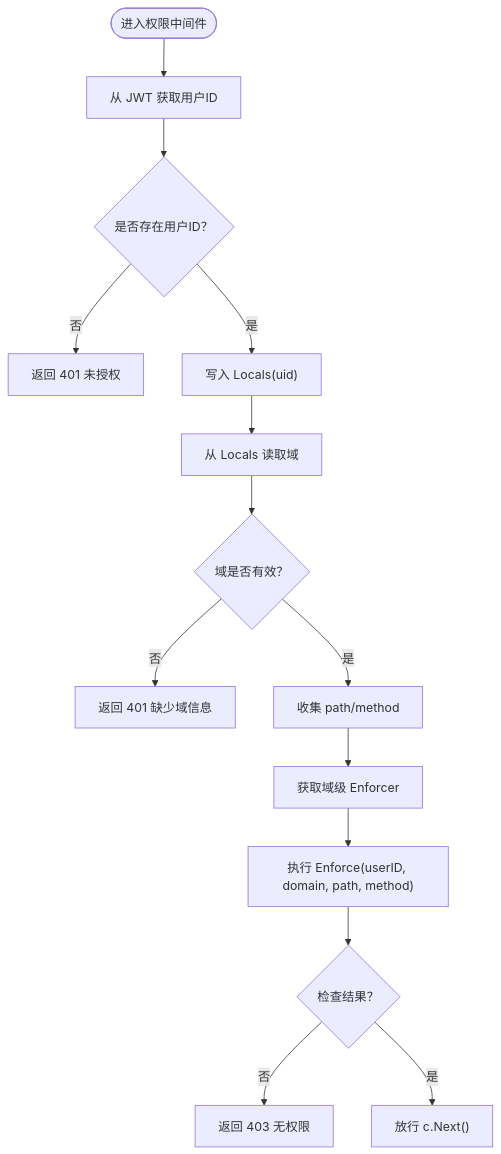
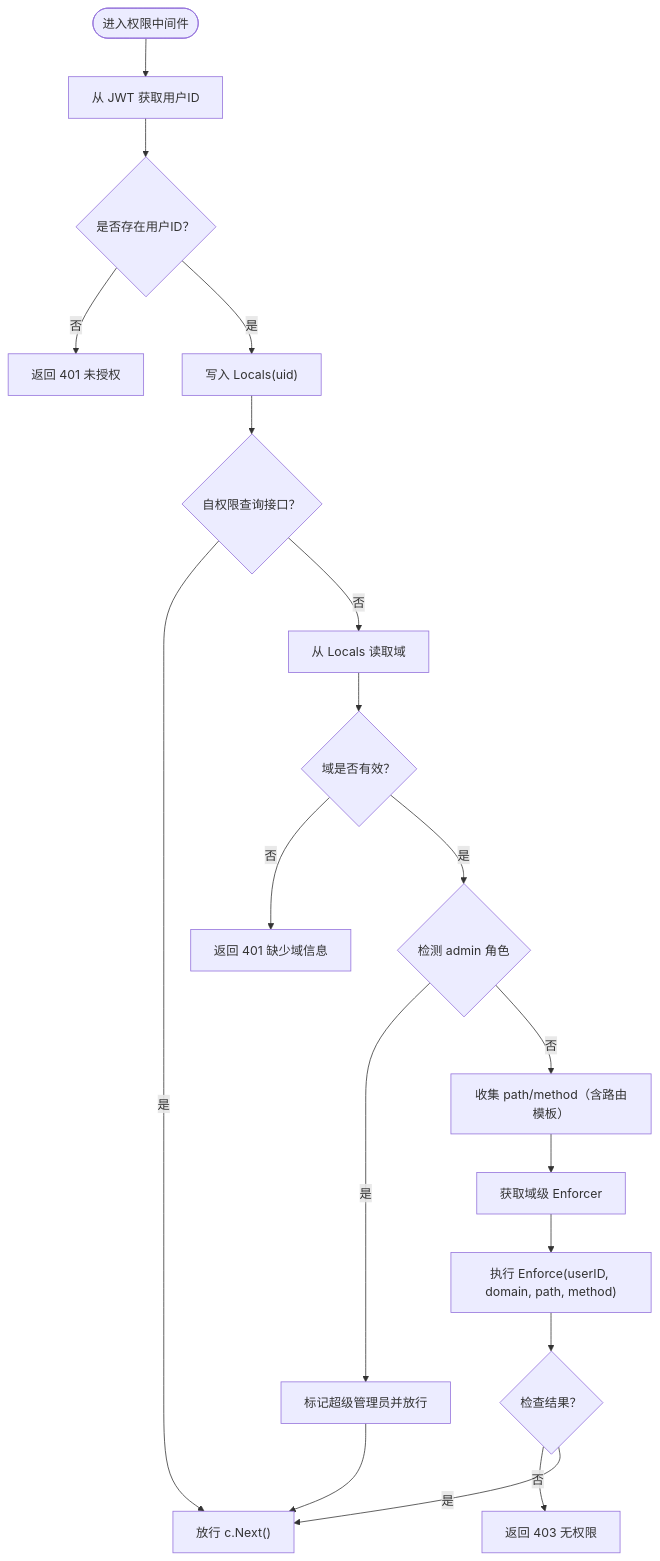
One commit to wuwuseo/e-sports-go-admin changed the third of 7 diagrams in .qoder/repowiki/zh/content/架构设计/中间件架构.md. Above: the diagram before and after it, drawn with Mermaid. The commit also changed other lines of this file and 42 other files, not shown here.

````diff
--- a/.qoder/repowiki/zh/content/架构设计/中间件架构.md
+++ b/.qoder/repowiki/zh/content/架构设计/中间件架构.md
@@ -143,16 +163,21 @@
 ```mermaid
 flowchart TD
 Start(["进入权限中间件"]) --> ParseJWT["从 JWT 获取用户ID"]
 ParseJWT --> HasID{"是否存在用户ID？"}
 HasID --> |否| Unauthorized["返回 401 未授权"]
 HasID --> |是| SetLocals["写入 Locals(uid)"]
-SetLocals --> GetDomain["从 Locals 读取域"]
+SetLocals --> SelfPerm{"自权限查询接口？"}
+SelfPerm --> |是| Next["放行 c.Next()"]
+SelfPerm --> |否| GetDomain["从 Locals 读取域"]
 GetDomain --> HasDomain{"域是否有效？"}
 HasDomain --> |否| MissingDomain["返回 401 缺少域信息"]
-HasDomain --> |是| BuildReq["收集 path/method"]
+HasDomain --> |是| AdminCheck{"检测 admin 角色"}
+AdminCheck --> |是| SuperAdmin["标记超级管理员并放行"]
+AdminCheck --> |否| BuildReq["收集 path/method（含路由模板）"]
 BuildReq --> GetEnforcer["获取域级 Enforcer"]
 GetEnforcer --> EnforceCall["执行 Enforce(userID, domain, path, method)"]
 EnforceCall --> EnforceOK{"检查结果？"}
 EnforceOK --> |否| Forbidden["返回 403 无权限"]
-EnforceOK --> |是| Next["放行 c.Next()"]
+EnforceOK --> |是| Next
+SuperAdmin --> Next
 ```
````
